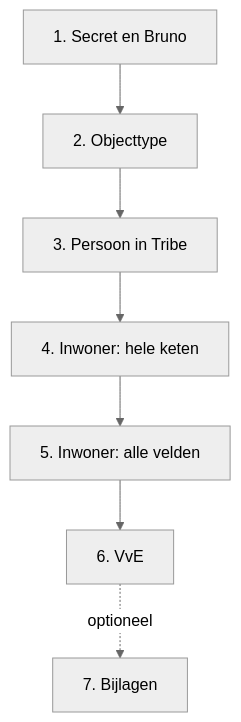
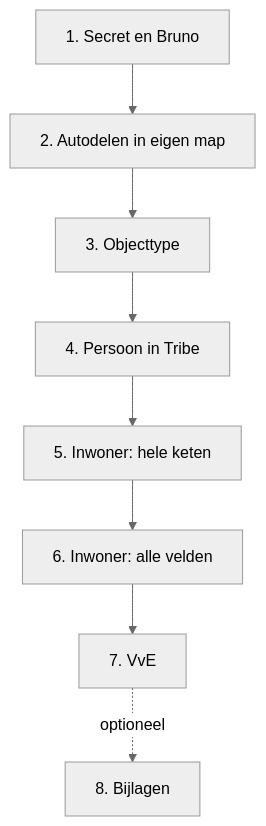
Before and after one commit to GemeenteNijmegen/open-forms: the diagram in src/submission-forwarder/tribe/README.md, drawn with Mermaid (neutral theme). The commit also changed other lines of this file, not shown here.

````diff
--- a/src/submission-forwarder/tribe/README.md
+++ b/src/submission-forwarder/tribe/README.md
@@ -11,17 +11,19 @@
 ```mermaid
 flowchart TD
     A["1. Secret en Bruno"]
-    B["2. Objecttype"]
-    C["3. Persoon in Tribe"]
-    D["4. Inwoner: hele keten"]
-    E["5. Inwoner: alle velden"]
-    F["6. VvE"]
-    G["7. Bijlagen"]
+    M["2. Autodelen in eigen map"]
+    B["3. Objecttype"]
+    C["4. Persoon in Tribe"]
+    D["5. Inwoner: hele keten"]
+    E["6. Inwoner: alle velden"]
+    F["7. VvE"]
+    G["8. Bijlagen"]
 
-    A --> B
+    A --> M
+    M --> B
     B --> C
     C --> D
     D --> E
     E --> F
     F -.->|optioneel| G
 ```
````
